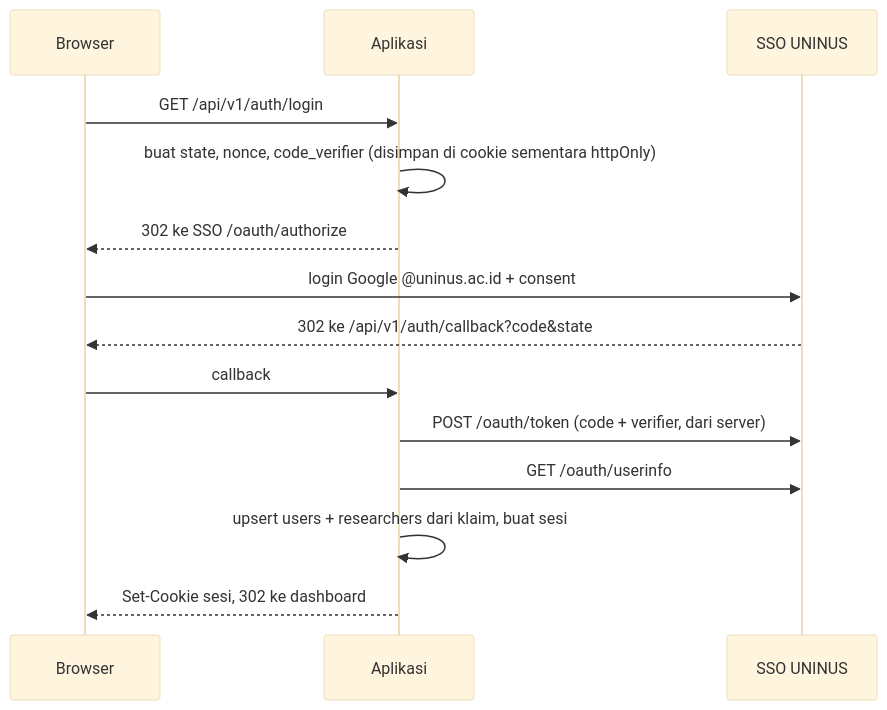
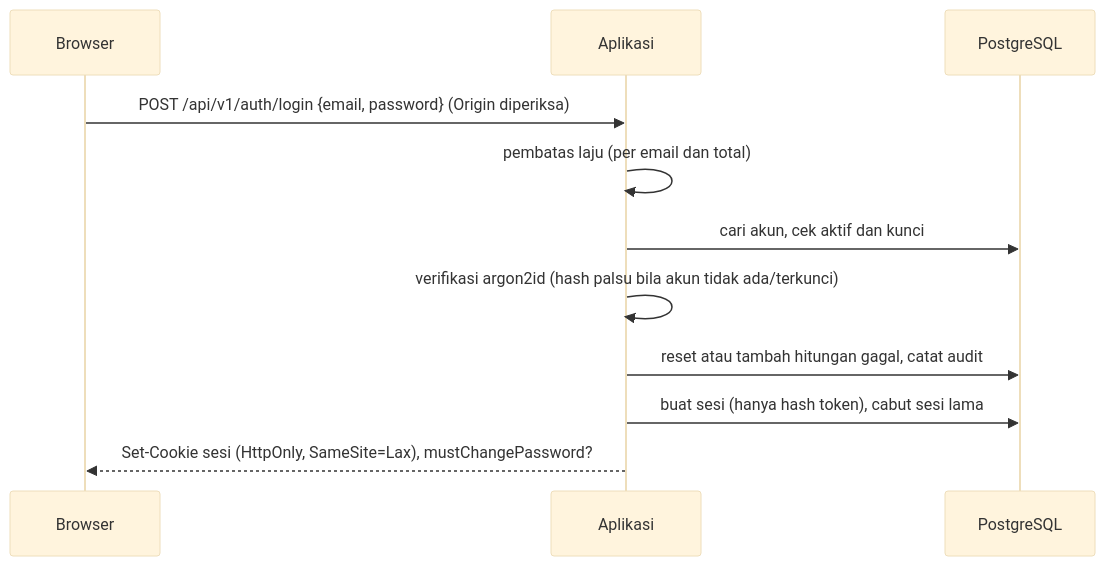
Before and after one commit to blessprometheus/inovasi-uninus: the second of 2 diagrams in docs/SYSTEM_ARCHITECTURE.md, drawn with Mermaid (base theme). The commit also changed other lines of this file and 10 other files, not shown here.

Commit message:
docs: catat ADR-008 alur operator saja dan perbarui dokumen sistem

````diff
--- a/docs/SYSTEM_ARCHITECTURE.md
+++ b/docs/SYSTEM_ARCHITECTURE.md
@@ -65,16 +65,13 @@
 ```mermaid
 sequenceDiagram
   participant B as Browser
   participant A as Aplikasi
-  participant S as SSO UNINUS
-  B->>A: GET /api/v1/auth/login
-  A->>A: buat state, nonce, code_verifier (disimpan di cookie sementara httpOnly)
-  A-->>B: 302 ke SSO /oauth/authorize
-  B->>S: login Google @uninus.ac.id + consent
-  S-->>B: 302 ke /api/v1/auth/callback?code&state
-  B->>A: callback
-  A->>S: POST /oauth/token (code + verifier, dari server)
-  A->>S: GET /oauth/userinfo
-  A->>A: upsert users + researchers dari klaim, buat sesi
-  A-->>B: Set-Cookie sesi, 302 ke dashboard
+  participant D as PostgreSQL
+  B->>A: POST /api/v1/auth/login {email, password} (Origin diperiksa)
+  A->>A: pembatas laju (per email dan total)
+  A->>D: cari akun, cek aktif dan kunci
+  A->>A: verifikasi argon2id (hash palsu bila akun tidak ada/terkunci)
+  A->>D: reset atau tambah hitungan gagal, catat audit
+  A->>D: buat sesi (hanya hash token), cabut sesi lama
+  A-->>B: Set-Cookie sesi (HttpOnly, SameSite=Lax), mustChangePassword?
 ```
````
